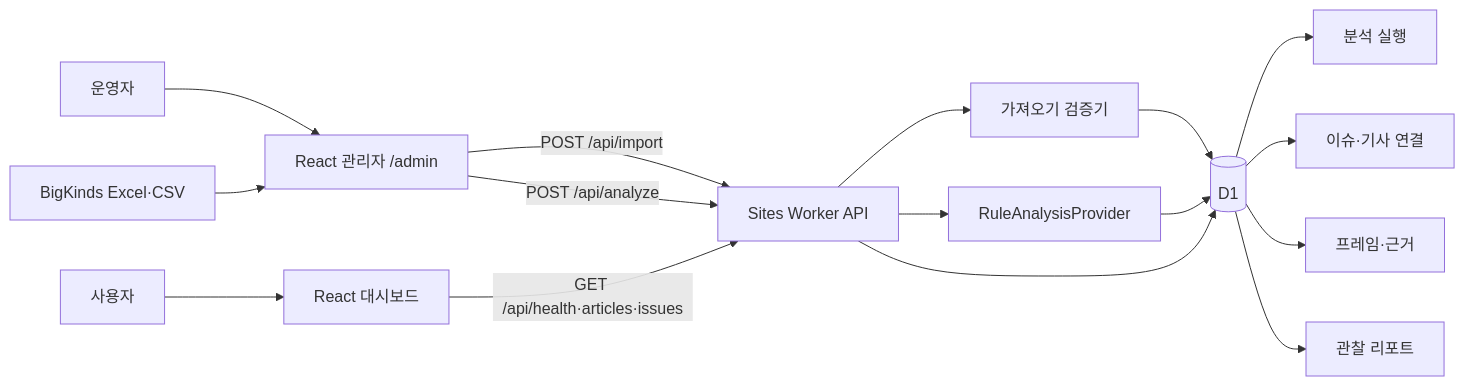
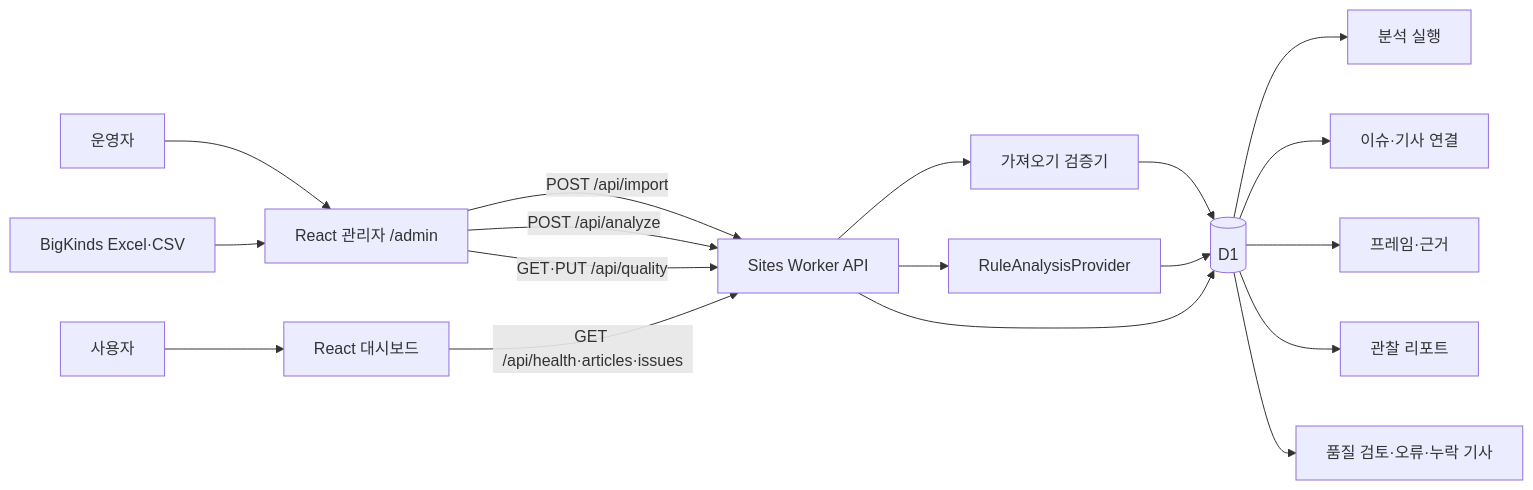
Before and after one commit to kjh01072299206-png/AgendaFrame: the first of 7 diagrams in AgendaFrame_11_UML.md, drawn with Mermaid. The commit also changed other lines of this file and 11 other files, not shown here.

````diff
--- a/AgendaFrame_11_UML.md
+++ b/AgendaFrame_11_UML.md
@@ -82,21 +92,23 @@
 ```mermaid
 flowchart LR
     Admin["운영자"] --> AdminUI["React 관리자 /admin"]
     BigKinds["BigKinds Excel·CSV"] --> AdminUI
     User["사용자"] --> Dashboard["React 대시보드"]
 
     AdminUI -->|"POST /api/import"| Worker["Sites Worker API"]
     AdminUI -->|"POST /api/analyze"| Worker
+    AdminUI -->|"GET·PUT /api/quality"| Worker
     Dashboard -->|"GET /api/health·articles·issues"| Worker
 
     Worker --> Importer["가져오기 검증기"]
     Worker --> Provider["RuleAnalysisProvider"]
     Importer --> D1[("D1")]
     Provider --> D1
     Worker --> D1
 
     D1 --> Runs["분석 실행"]
     D1 --> Issues["이슈·기사 연결"]
     D1 --> Frames["프레임·근거"]
     D1 --> Reports["관찰 리포트"]
+    D1 --> Quality["품질 검토·오류·누락 기사"]
 ```
````
